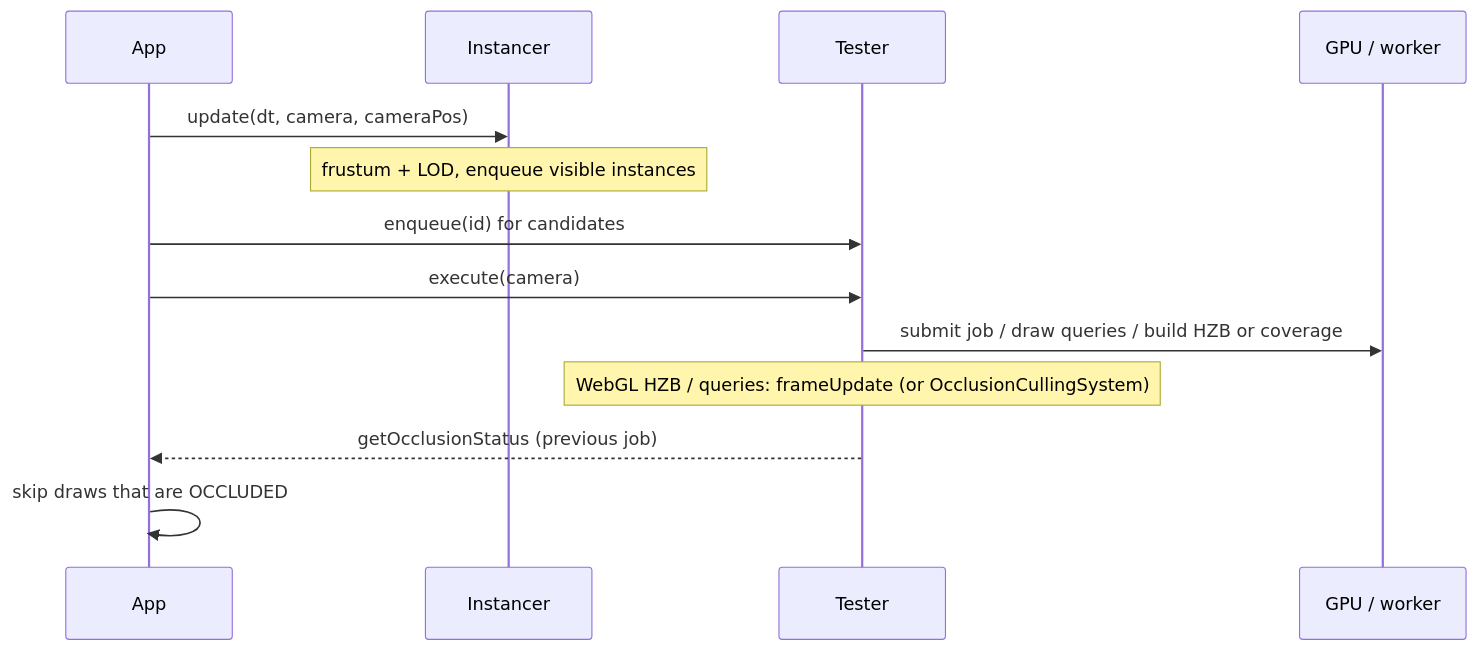
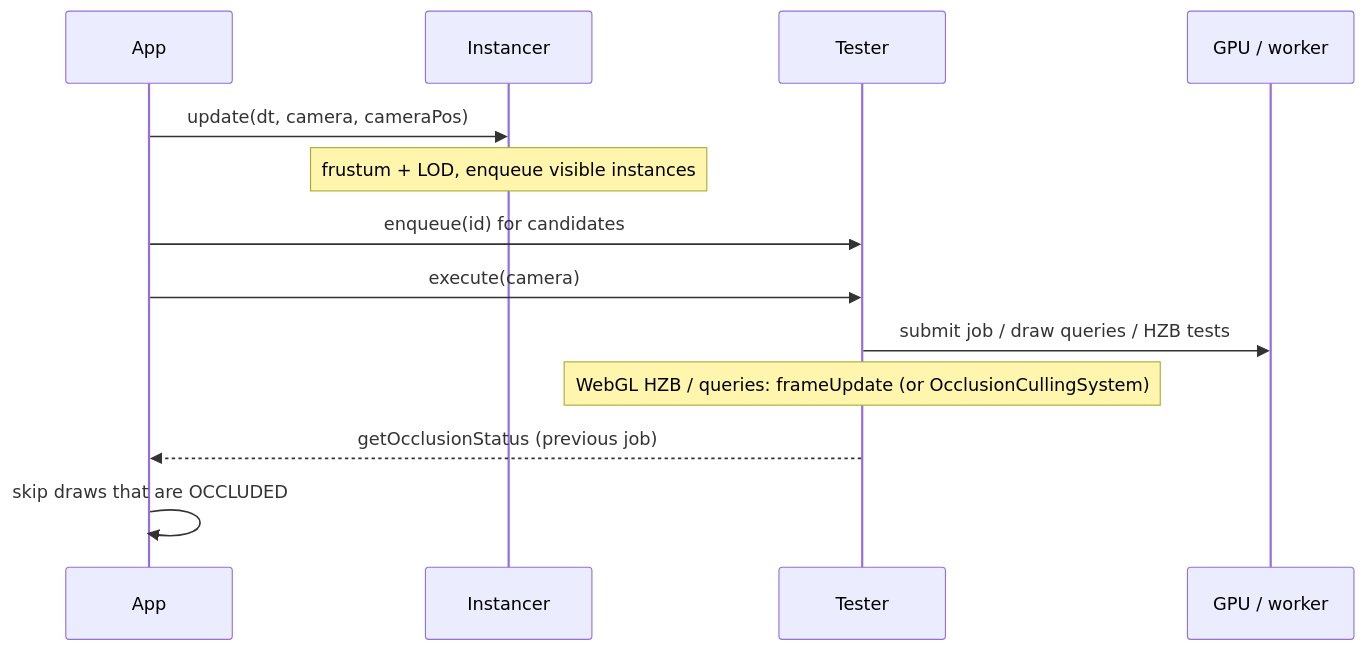
Before and after one commit to AlexAPPi/playcanvas-opti-pixel: the second of 2 diagrams in docs/architecture.md, drawn with Mermaid. The commit also changed other lines of this file and 15 other files, not shown here.

````diff
--- a/docs/architecture.md
+++ b/docs/architecture.md
@@ -48,16 +48,16 @@
 ```mermaid
 sequenceDiagram
     participant App
     participant Instancer
     participant Tester
     participant GPU as GPU / worker
 
     App->>Instancer: update(dt, camera, cameraPos)
     Note over Instancer: frustum + LOD, enqueue visible instances
     App->>Tester: enqueue(id) for candidates
     App->>Tester: execute(camera)
-    Tester->>GPU: submit job / draw queries / build HZB or coverage
+    Tester->>GPU: submit job / draw queries / HZB tests
     Note over Tester: WebGL HZB / queries: frameUpdate (or OcclusionCullingSystem)
     Tester-->>App: getOcclusionStatus (previous job)
     App->>App: skip draws that are OCCLUDED
 ```
````
